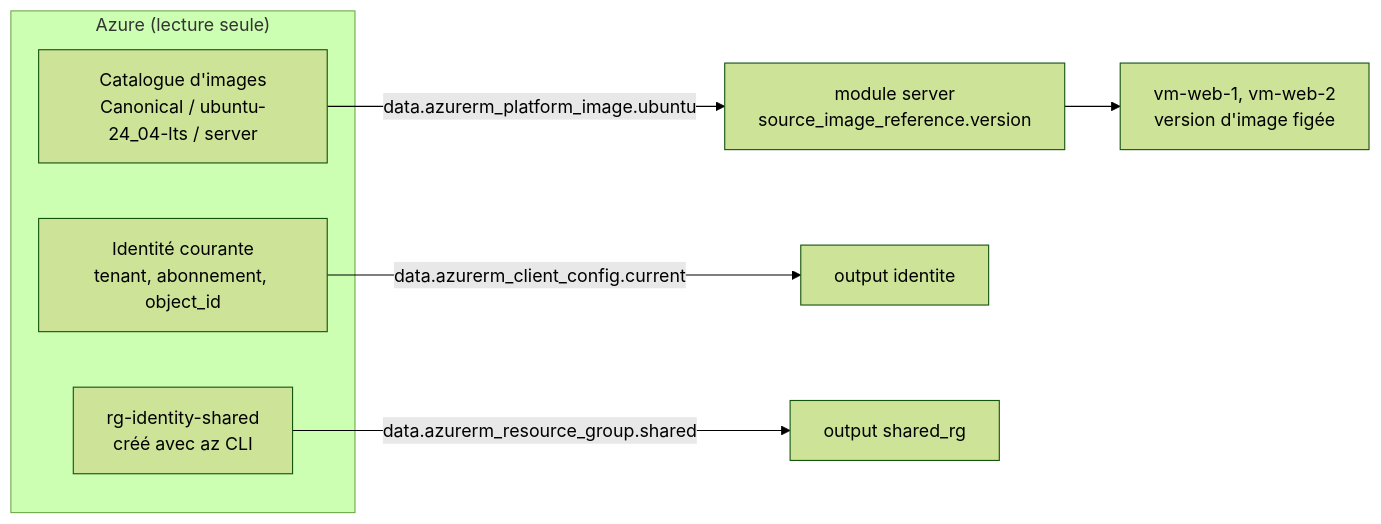
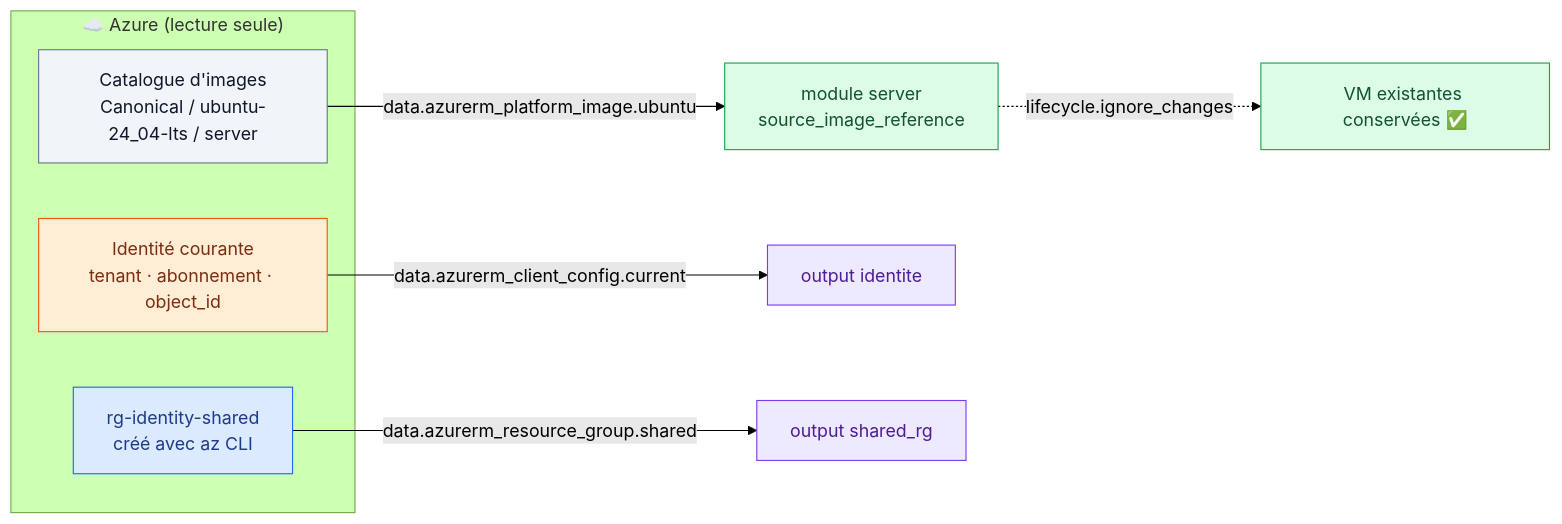
The diagram in lab09-data-sources.md (hajjiBel/terraform-azure-labs), drawn with Mermaid (forest theme) before and after one commit. The commit also changed other lines of this file and 158 other files, not shown here.

````diff
--- a/lab09-data-sources.md
+++ b/lab09-data-sources.md
@@ -15,12 +21,17 @@
 ```mermaid
 flowchart LR
-    subgraph Azure["Azure (lecture seule)"]
-        IMG["Catalogue d'images<br/>Canonical / ubuntu-24_04-lts / server"]
-        ID["Identité courante<br/>tenant, abonnement, object_id"]
-        RGX["rg-identity-shared<br/>créé avec az CLI"]
+    subgraph Azure["☁️ Azure (lecture seule)"]
+        IMG["Catalogue d'images<br/>Canonical / ubuntu-24_04-lts / server"]:::ext
+        ID["Identité courante<br/>tenant · abonnement · object_id"]:::sec
+        RGX["rg-identity-shared<br/>créé avec az CLI"]:::net
     end
-    IMG -- "data.azurerm_platform_image.ubuntu" --> MOD["module server<br/>source_image_reference.version"]
-    ID -- "data.azurerm_client_config.current" --> O1["output identite"]
-    RGX -- "data.azurerm_resource_group.shared" --> O2["output shared_rg"]
-    MOD --> VM["vm-web-1, vm-web-2<br/>version d'image figée"]
+    IMG -- "data.azurerm_platform_image.ubuntu" --> MOD["module server<br/>source_image_reference"]:::compute
+    MOD -. "lifecycle.ignore_changes" .-> STABLE["VM existantes conservées ✅"]:::compute
+    ID -- "data.azurerm_client_config.current" --> O1["output identite"]:::tf
+    RGX -- "data.azurerm_resource_group.shared" --> O2["output shared_rg"]:::tf
+    classDef tf fill:#ede9fe,stroke:#7c3aed,color:#4c1d95
+    classDef net fill:#dbeafe,stroke:#2563eb,color:#1e3a8a
+    classDef compute fill:#dcfce7,stroke:#16a34a,color:#14532d
+    classDef sec fill:#ffedd5,stroke:#ea580c,color:#7c2d12
+    classDef ext fill:#f1f5f9,stroke:#64748b,color:#0f172a
 ```
````
